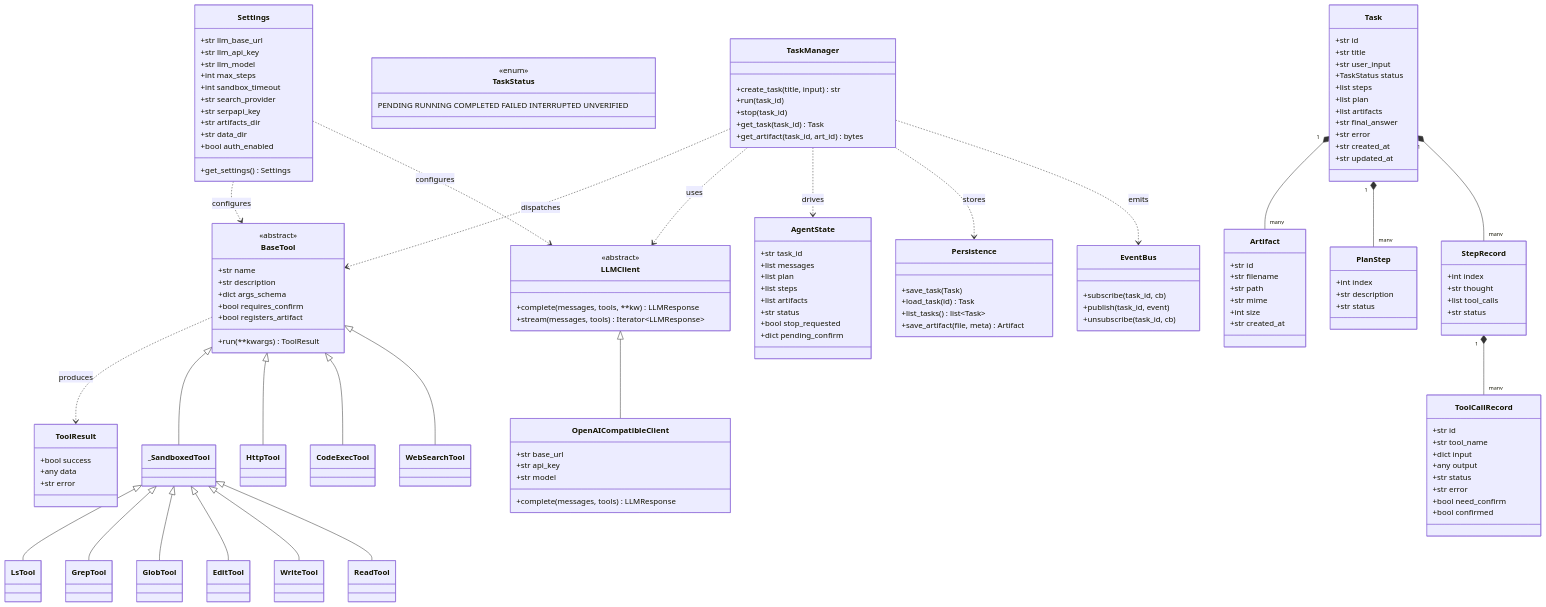
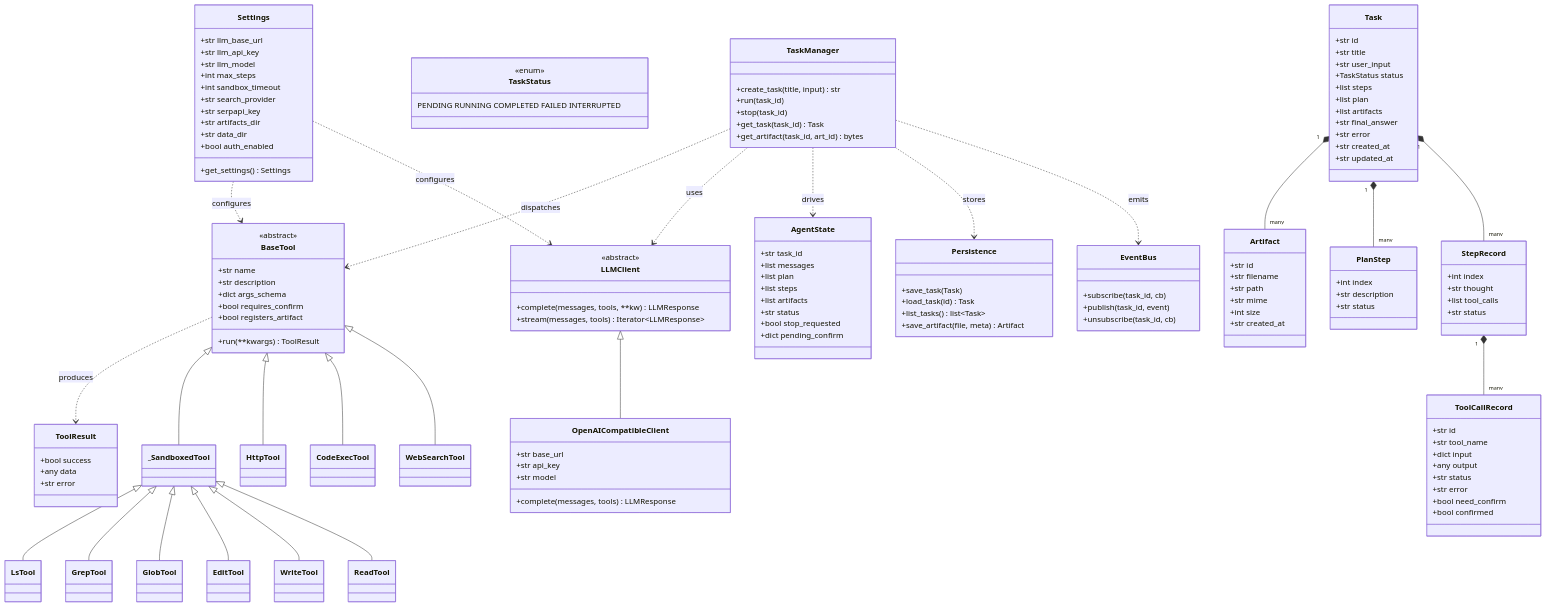
The first of 3 diagrams in docs/architecture.md (renjianguojinqianfan/langgraph-agent), drawn with Mermaid before and after one commit. The commit also changed other lines of this file and 27 other files, not shown here.

```diff
--- a/docs/architecture.md
+++ b/docs/architecture.md
@@ -230,7 +230,7 @@
     %% ── 持久化模型 ──
     class TaskStatus {
         <<enum>>
-        PENDING RUNNING COMPLETED FAILED INTERRUPTED UNVERIFIED
+        PENDING RUNNING COMPLETED FAILED INTERRUPTED
     }
     class ToolCallRecord {
         +str id
```
